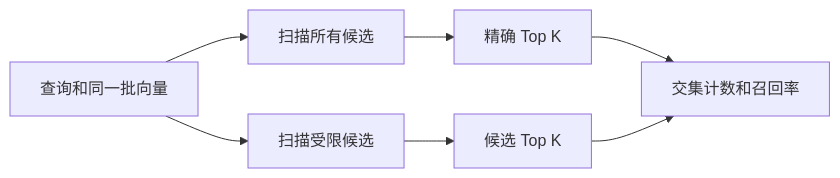
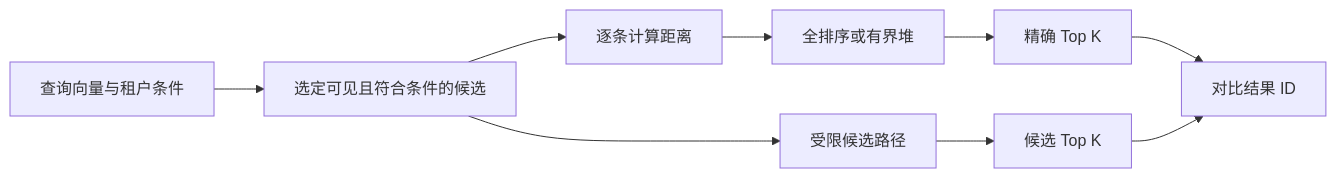
Before and after one commit to lliusshijjie/ArchDesign: the diagram in step2/week-01-qdrant/day-001-exact-top-k/README.md, drawn with Mermaid. The commit also changed other lines of this file and 6 other files, not shown here.

````diff
--- a/step2/week-01-qdrant/day-001-exact-top-k/README.md
+++ b/step2/week-01-qdrant/day-001-exact-top-k/README.md
@@ -44,9 +66,11 @@
 ```mermaid
 flowchart LR
-    Q[查询和同一批向量] --> E[扫描所有候选]
-    Q --> A[扫描受限候选]
-    E --> ET[精确 Top K]
+    Q[查询向量与租户条件] --> V[选定可见且符合条件的候选]
+    V --> E[逐条计算距离]
+    E --> T[全排序或有界堆]
+    T --> ET[精确 Top K]
+    V --> A[受限候选路径]
     A --> AT[候选 Top K]
-    ET --> R[交集计数和召回率]
-    AT --> R
+    ET --> R[对比结果 ID]
+    AT --> R[对比结果 ID]
 ```
````
